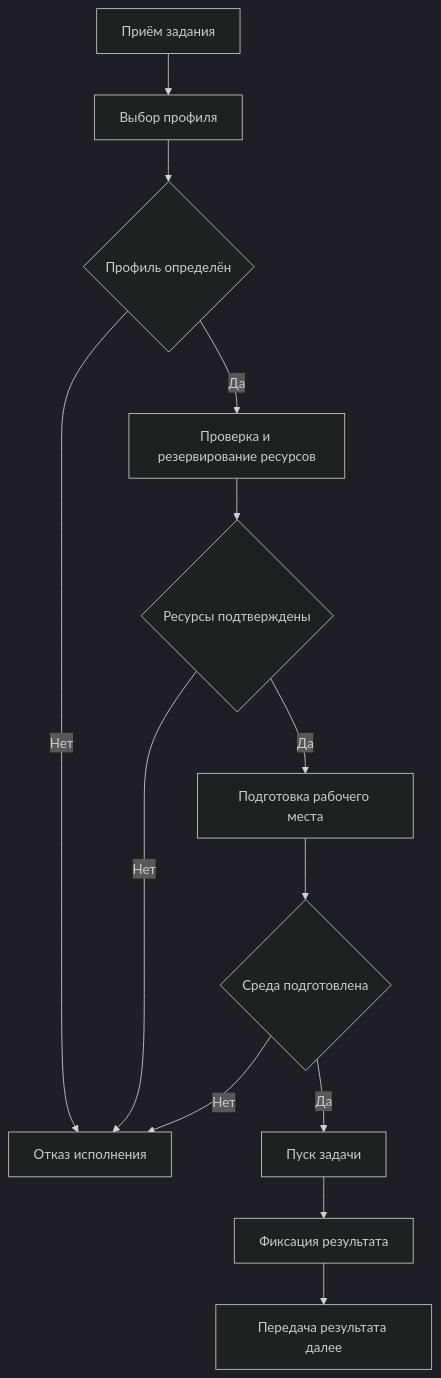
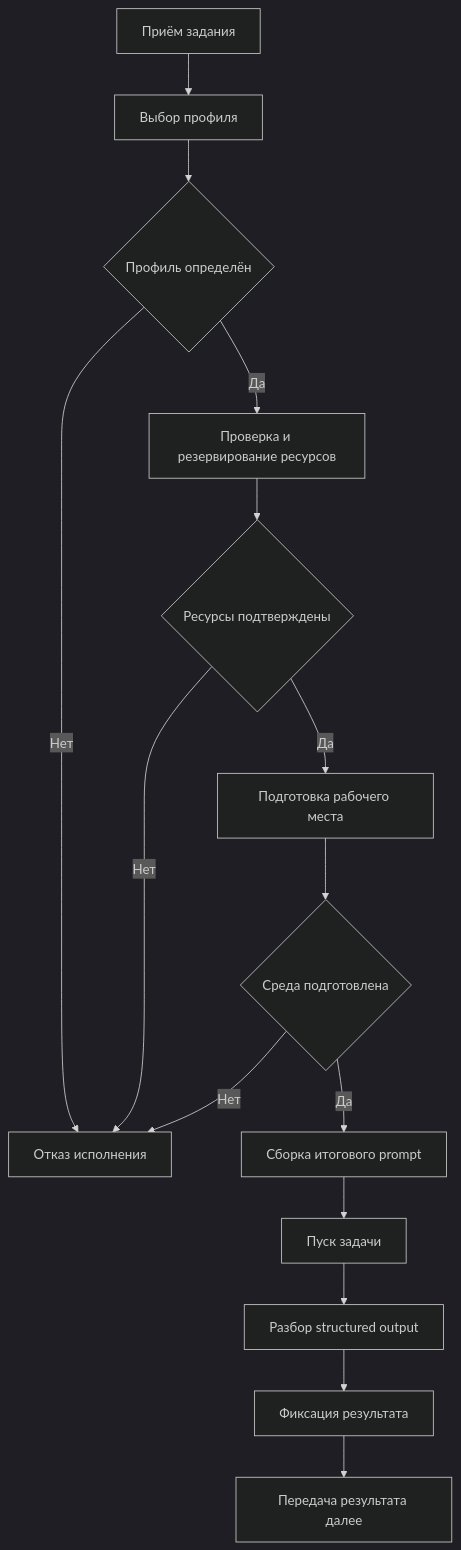
Before and after one commit to rasungatullin/progress: the second of 3 diagrams in docs/contours/execution/ALGORITHM.md, drawn with Mermaid (dark theme). The commit also changed other lines of this file and 4 other files, not shown here.

Commit message:
document structured execution io flow

````diff
--- a/docs/contours/execution/ALGORITHM.md
+++ b/docs/contours/execution/ALGORITHM.md
@@ -104,15 +133,17 @@
 ```mermaid
 flowchart TD
     A[Приём задания] --> B[Выбор профиля]
     B --> C{Профиль определён}
     C -- Нет --> X[Отказ исполнения]
     C -- Да --> D[Проверка и резервирование ресурсов]
     D --> E{Ресурсы подтверждены}
     E -- Нет --> X
     E -- Да --> F[Подготовка рабочего места]
     F --> G{Среда подготовлена}
     G -- Нет --> X
-    G -- Да --> H[Пуск задачи]
-    H --> I[Фиксация результата]
-    I --> J[Передача результата далее]
+    G -- Да --> H[Сборка итогового prompt]
+    H --> I[Пуск задачи]
+    I --> J[Разбор structured output]
+    J --> K[Фиксация результата]
+    K --> L[Передача результата далее]
 ```
````
